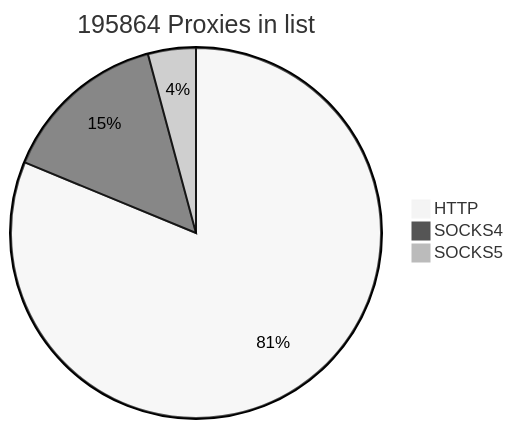
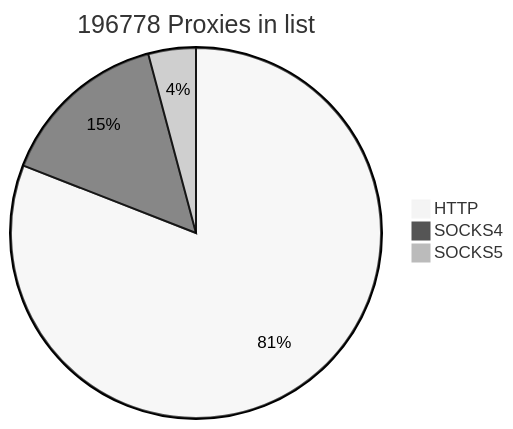
The first of 2 diagrams in README.md (cutipu/proxylist), drawn with Mermaid (neutral theme) before and after one commit. The commit also changed other lines of this file, not shown here.

````diff
--- a/README.md
+++ b/README.md
@@ -2,7 +2,7 @@
 ```mermaid
-pie title 195864 Proxies in list
-    "HTTP" : 159095
-    "SOCKS4" : 28582
-    "SOCKS5" : 8187
+pie title 196778 Proxies in list
+    "HTTP" : 159249
+    "SOCKS4" : 29365
+    "SOCKS5" : 8164
             
 ```
````
